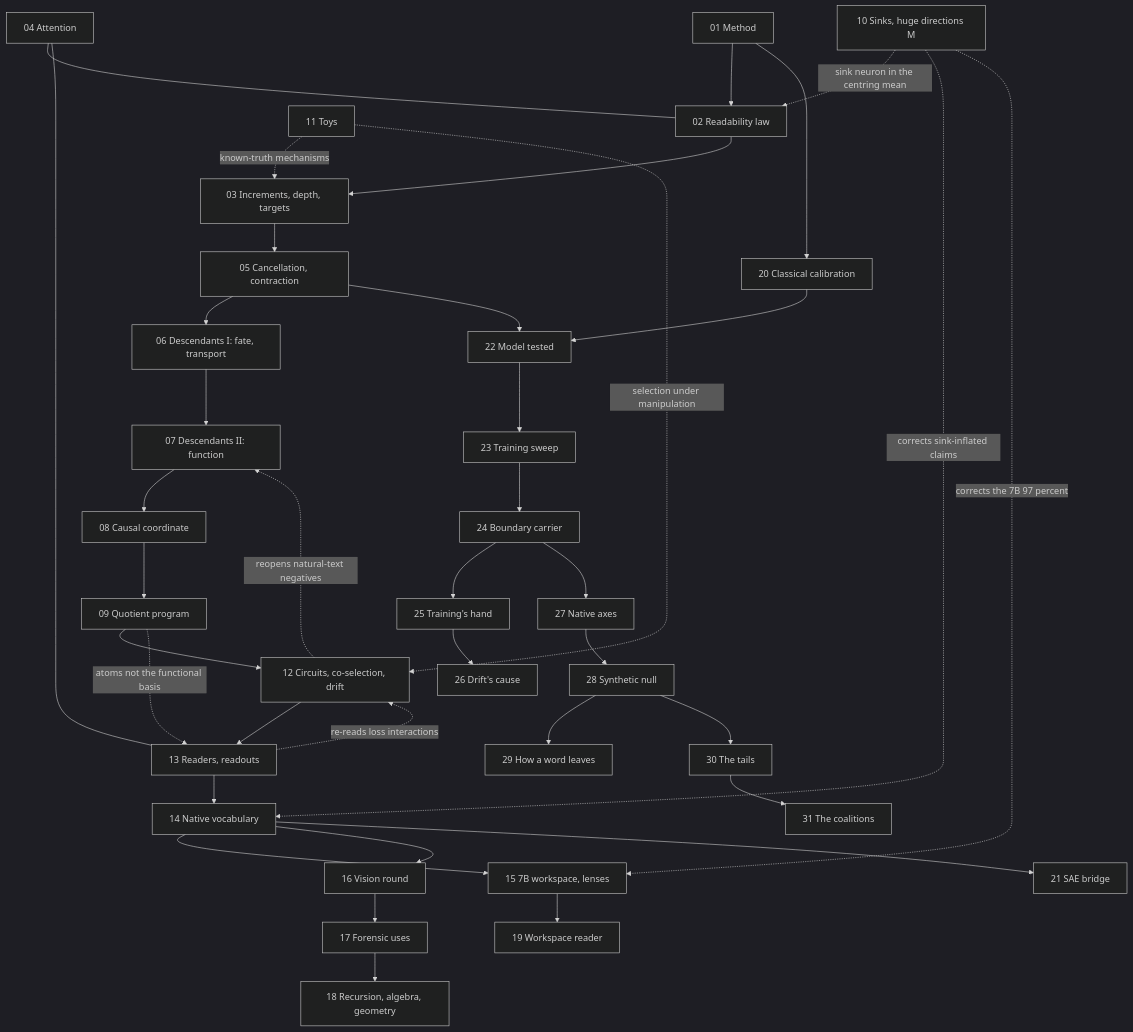
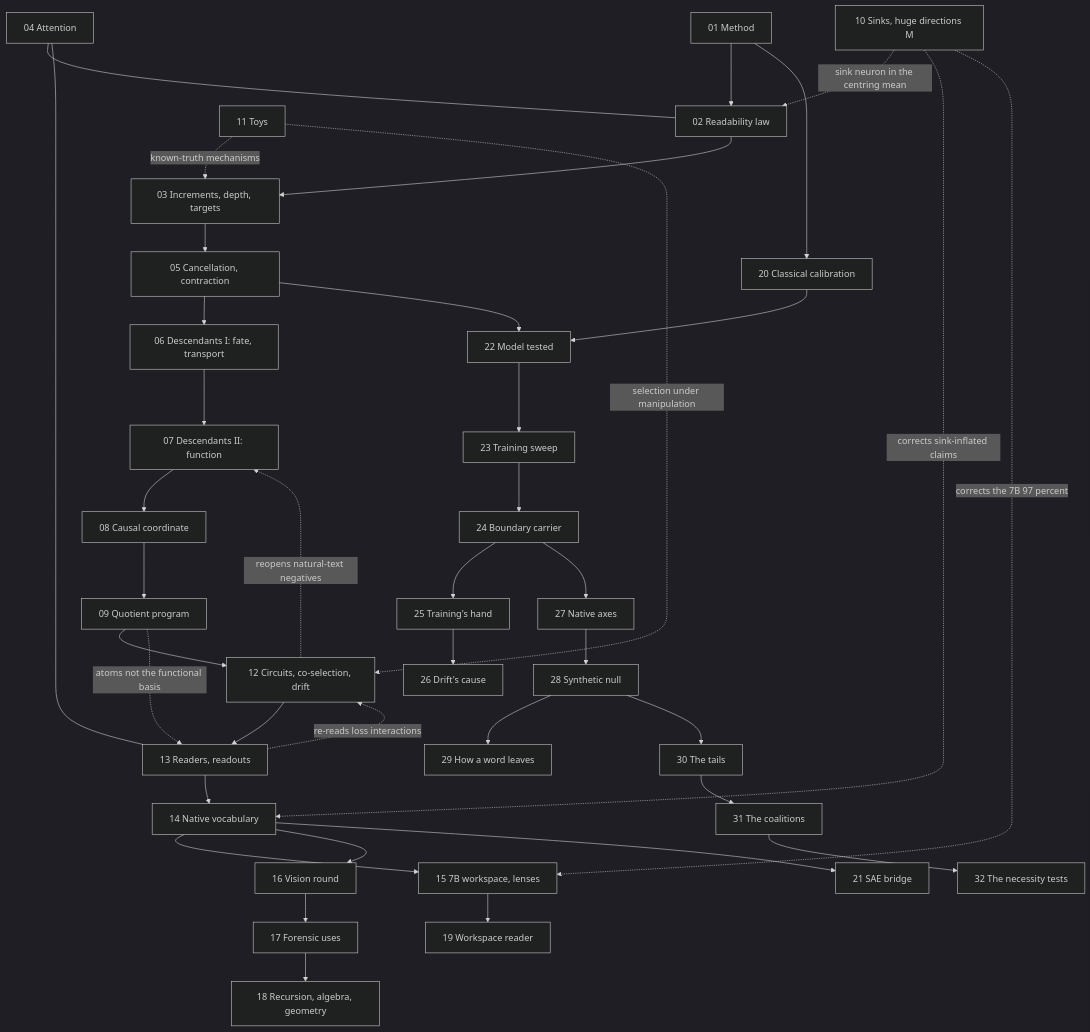
Before and after one commit to sunmoonron/wdd-descendants: the diagram in README.md, drawn with Mermaid (dark theme). The commit also changed other lines of this file and 15 other files, not shown here.

````diff
--- a/README.md
+++ b/README.md
@@ -51,41 +52,42 @@
 ```mermaid
 flowchart TD
   A01["01 Method"] --> A02["02 Readability law"]
   A02 --> A03["03 Increments, depth, targets"]
   A03 --> A05["05 Cancellation, contraction"]
   A05 --> A06["06 Descendants I: fate, transport"]
   A06 --> A07["07 Descendants II: function"]
   A07 --> A08["08 Causal coordinate"]
   A08 --> A09["09 Quotient program"]
   A09 --> A12["12 Circuits, co-selection, drift"]
   A12 --> A13["13 Readers, readouts"]
   A13 --> A14["14 Native vocabulary"]
   A14 --> A15["15 7B workspace, lenses"]
   A14 --> A16["16 Vision round"]
   A16 --> A17["17 Forensic uses"]
   A17 --> A18["18 Recursion, algebra, geometry"]
   A15 --> A19["19 Workspace reader"]
   A01 --> A20["20 Classical calibration"]
   A14 --> A21["21 SAE bridge"]
   A20 --> A22["22 Model tested"]
   A22 --> A23["23 Training sweep"]
   A23 --> A24["24 Boundary carrier"]
   A24 --> A25["25 Training's hand"]
   A25 --> A26["26 Drift's cause"]
   A24 --> A27["27 Native axes"]
   A27 --> A28["28 Synthetic null"]
   A28 --> A29["29 How a word leaves"]
   A28 --> A30["30 The tails"]
   A30 --> A31["31 The coalitions"]
+  A31 --> A32["32 The necessity tests"]
   A05 --> A22
   A04["04 Attention"] --- A02
   A04 --- A13
   A10["10 Sinks, huge directions M"] -.->|sink neuron in the centring mean| A02
   A10 -.->|corrects sink-inflated claims| A14
   A10 -.->|corrects the 7B 97 percent| A15
   A11["11 Toys"] -.->|known-truth mechanisms| A03
   A11 -.->|selection under manipulation| A12
   A12 -.->|reopens natural-text negatives| A07
   A13 -.->|re-reads loss interactions| A12
   A09 -.->|atoms not the functional basis| A13
 ```
````
